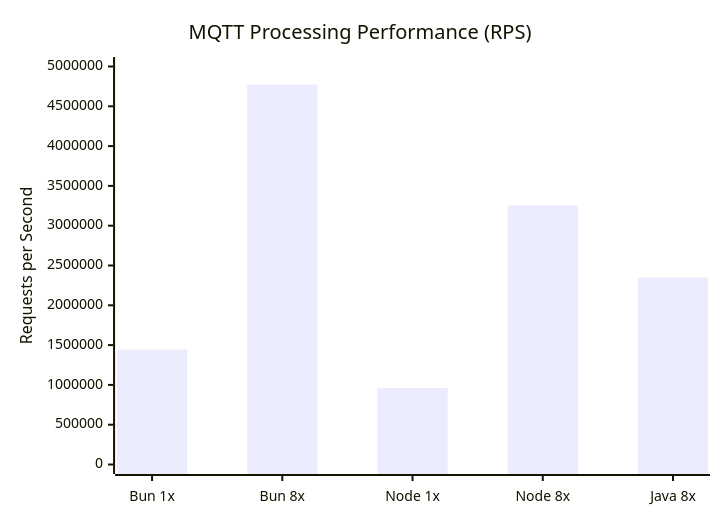
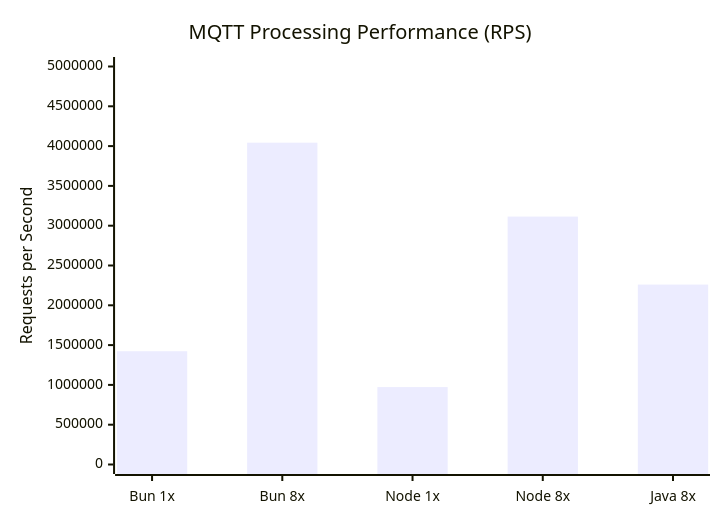
One commit to Frtrillo/benchmark-nodejs-java-process-mqtt-payloads changed the second of 5 diagrams in readme.md. Above: the diagram before and after it, drawn with Mermaid. The commit also changed other lines of this file and 3 other files, not shown here.

````diff
--- a/readme.md
+++ b/readme.md
@@ -170,7 +170,7 @@
 ```mermaid
 xychart-beta
     title "MQTT Processing Performance (RPS)"
     x-axis ["Bun 1x", "Bun 8x", "Node 1x", "Node 8x", "Java 8x"]
     y-axis "Requests per Second" 0 --> 5000000
-    bar [1443819, 4773226, 960637, 3257972, 2350428]
+    bar [1422727, 4043054, 972835, 3114314, 2260536]
 ```
````
